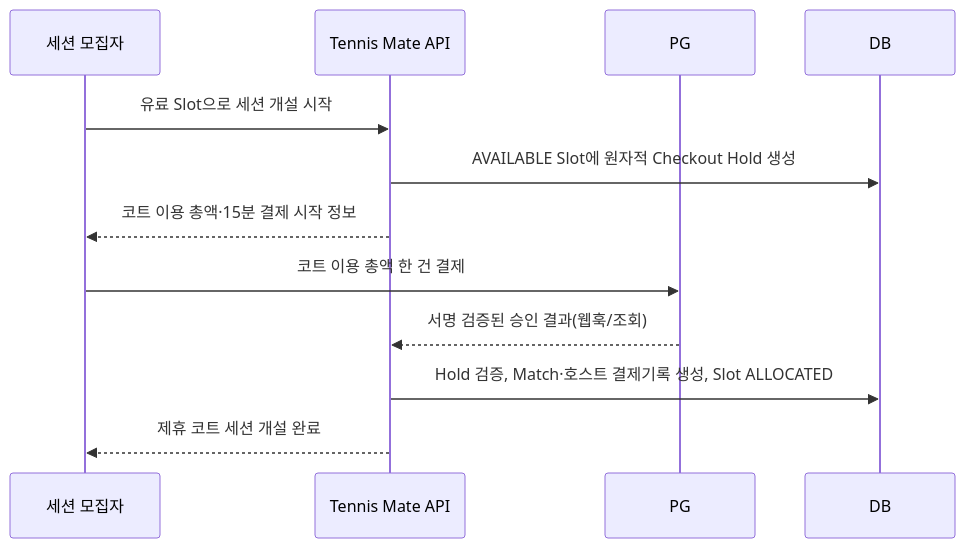
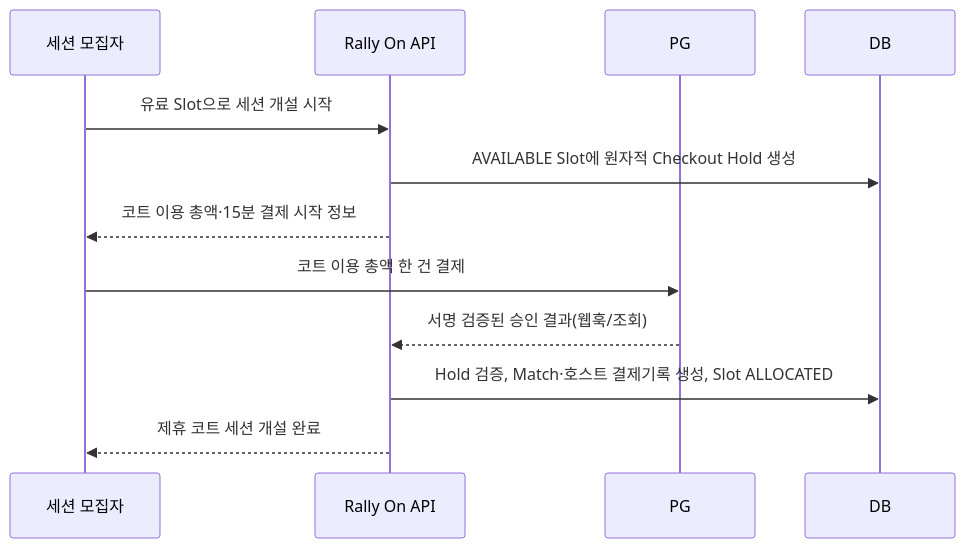
One commit to jsl0319/tennis-mate changed the first of 2 diagrams in docs/07-court-commerce-design.md. Above: the diagram before and after it, drawn with Mermaid. The commit also changed other lines of this file and 29 other files, not shown here.

````diff
--- a/docs/07-court-commerce-design.md
+++ b/docs/07-court-commerce-design.md
@@ -125,15 +125,15 @@
 ```mermaid
 sequenceDiagram
     participant H as 세션 모집자
-    participant A as Tennis Mate API
+    participant A as Rally On API
     participant P as PG
     participant DB as DB
 
     H->>A: 유료 Slot으로 세션 개설 시작
     A->>DB: AVAILABLE Slot에 원자적 Checkout Hold 생성
     A-->>H: 코트 이용 총액·15분 결제 시작 정보
     H->>P: 코트 이용 총액 한 건 결제
     P-->>A: 서명 검증된 승인 결과(웹훅/조회)
     A->>DB: Hold 검증, Match·호스트 결제기록 생성, Slot ALLOCATED
     A-->>H: 제휴 코트 세션 개설 완료
 ```
````
